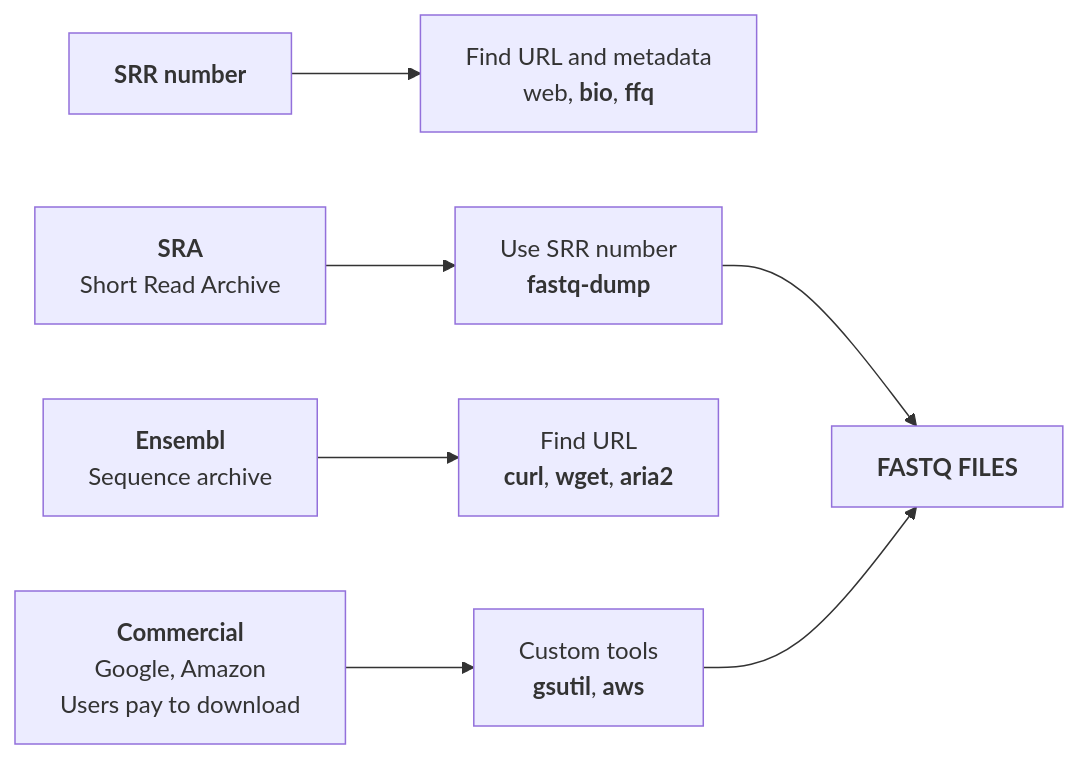
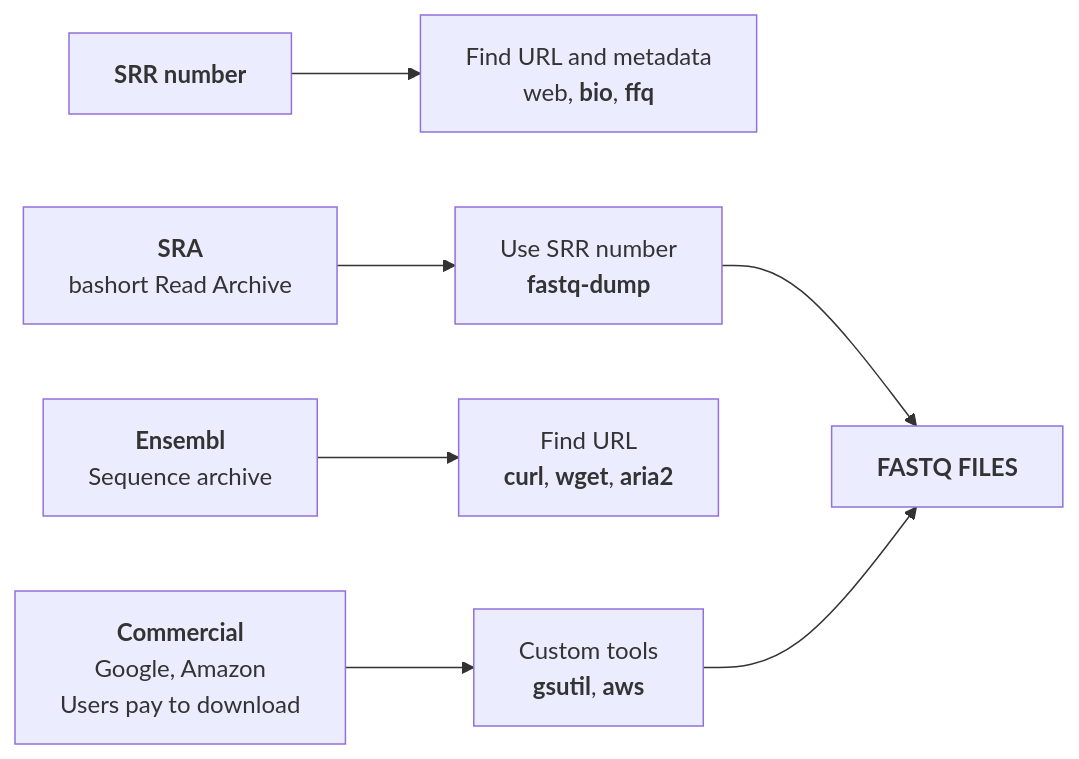
Before and after one commit to dagsdags212/biohub: the diagram in tutorials/retrieving-biological-data/sections/retrieving_fastq.qmd, drawn with Mermaid. The commit also changed other lines of this file and 9 other files, not shown here.

````diff
--- a/tutorials/retrieving-biological-data/sections/retrieving_fastq.qmd
+++ b/tutorials/retrieving-biological-data/sections/retrieving_fastq.qmd
@@ -7,16 +7,16 @@
 ```{mermaid}
 flowchart LR
   fq["`**FASTQ FILES**`"]
   srr["`**SRR number**`"] --> srr2["`Find URL and metadata
   web, **bio**, **ffq**`"]
   sra["`**SRA**
-  Short Read Archive`"] --> sra2["`Use SRR number
+  bashort Read Archive`"] --> sra2["`Use SRR number
   **fastq-dump**`"] --> fq
   ensembl["`**Ensembl**
   Sequence archive`"] --> ensembl2["`Find URL
   **curl**, **wget**, **aria2**`"]
   com["`**Commercial**
   Google, Amazon
   Users pay to download`"] --> com2["`Custom tools
   **gsutil**, **aws**`"] --> fq
 ```
````
